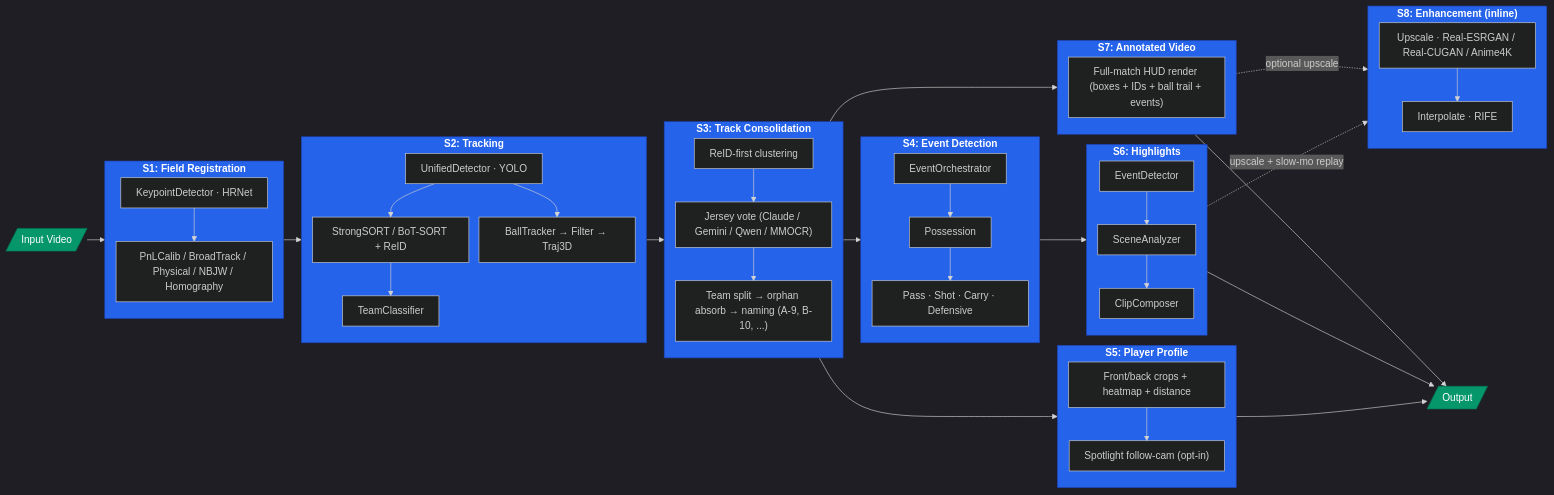
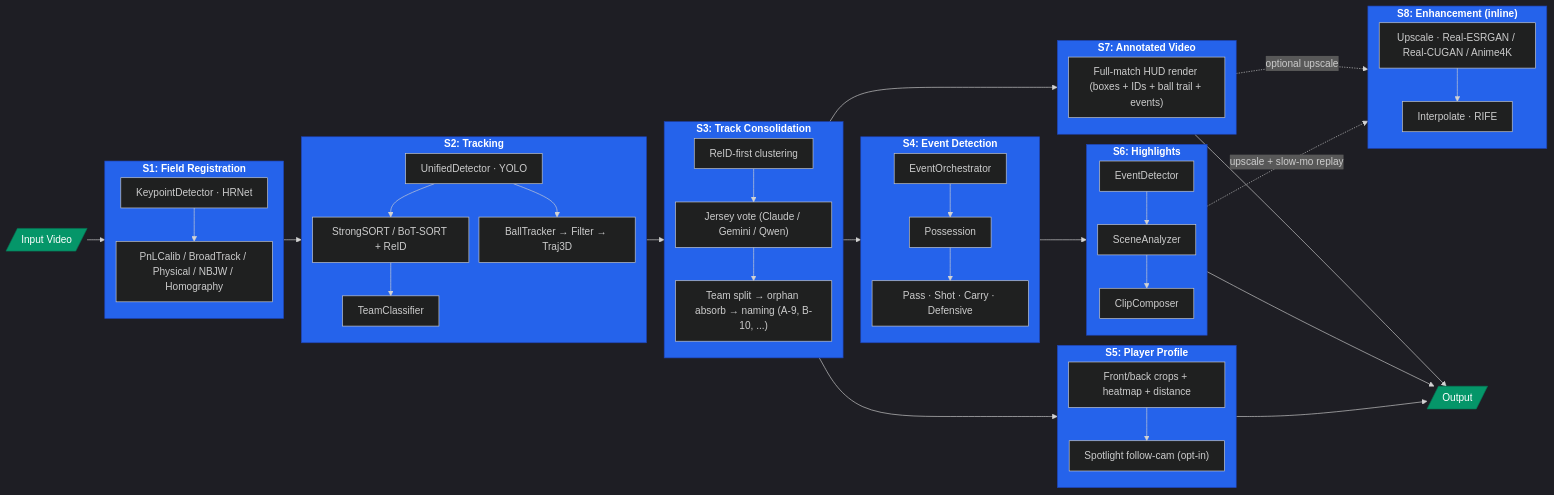
The diagram in architecture.md (outstandingcandy/AgentCoach), drawn with Mermaid before and after one commit. The commit also changed 17 other files, not shown here.

````diff
--- a/architecture.md
+++ b/architecture.md
@@ -3,80 +3,80 @@
 ```mermaid
 %%{init: {'theme': 'dark', 'flowchart': {'nodeSpacing': 16, 'rankSpacing': 28, 'padding': 12}}}%%
 flowchart LR
     VIDEO[/"Input Video"/]
 
     subgraph S1["S1: Field Registration"]
         direction TB
         S1_KP["KeypointDetector · HRNet"]
         S1_BE["PnLCalib / BroadTrack / Physical / NBJW / Homography"]
         S1_KP --> S1_BE
     end
 
     subgraph S2["S2: Tracking"]
         direction TB
         S2_DET["UnifiedDetector · YOLO"]
         S2_PT["StrongSORT / BoT-SORT + ReID"]
         S2_BT["BallTracker → Filter → Traj3D"]
         S2_TA["TeamClassifier"]
         S2_DET --> S2_PT --> S2_TA
         S2_DET --> S2_BT
     end
 
     subgraph S3["S3: Track Consolidation"]
         direction TB
         S3_RC["ReID-first clustering"]
-        S3_JV["Jersey vote (Claude / Gemini / Qwen / MMOCR)"]
+        S3_JV["Jersey vote (Claude / Gemini / Qwen)"]
         S3_NM["Team split → orphan absorb → naming (A-9, B-10, ...)"]
         S3_RC --> S3_JV --> S3_NM
     end
 
     subgraph S4["S4: Event Detection"]
         direction TB
         S4_OR["EventOrchestrator"]
         S4_PS["Possession"]
         S4_EV["Pass · Shot · Carry · Defensive"]
         S4_OR --> S4_PS --> S4_EV
     end
 
     subgraph S5["S5: Player Profile"]
         direction TB
         S5_CR["Front/back crops + heatmap + distance"]
         S5_SP["Spotlight follow-cam (opt-in)"]
         S5_CR --> S5_SP
     end
 
     subgraph S6["S6: Highlights"]
         direction TB
         S6_DT["EventDetector"]
         S6_AN["SceneAnalyzer"]
         S6_CP["ClipComposer"]
         S6_DT --> S6_AN --> S6_CP
     end
 
     subgraph S7["S7: Annotated Video"]
         direction TB
         S7_HUD["Full-match HUD render (boxes + IDs + ball trail + events)"]
     end
 
     subgraph S8["S8: Enhancement (inline)"]
         direction TB
         S8_UP["Upscale · Real-ESRGAN / Real-CUGAN / Anime4K"]
         S8_FI["Interpolate · RIFE"]
         S8_UP --> S8_FI
     end
 
     VIDEO --> S1 --> S2 --> S3 --> S4
     S3 --> S5
     S4 --> S6
     S3 --> S7
     S6 -.upscale + slow-mo replay.-> S8
     S7 -.optional upscale.-> S8
     S5 --> OUTPUT[/"Output"/]
     S6 --> OUTPUT
     S7 --> OUTPUT
 
     classDef stage fill:#2563eb,stroke:#1e40af,color:#fff,font-weight:bold
     classDef io fill:#059669,stroke:#047857,color:#fff
     class S1,S2,S3,S4,S5,S6,S7,S8 stage
     class VIDEO,OUTPUT io
 ```
````
